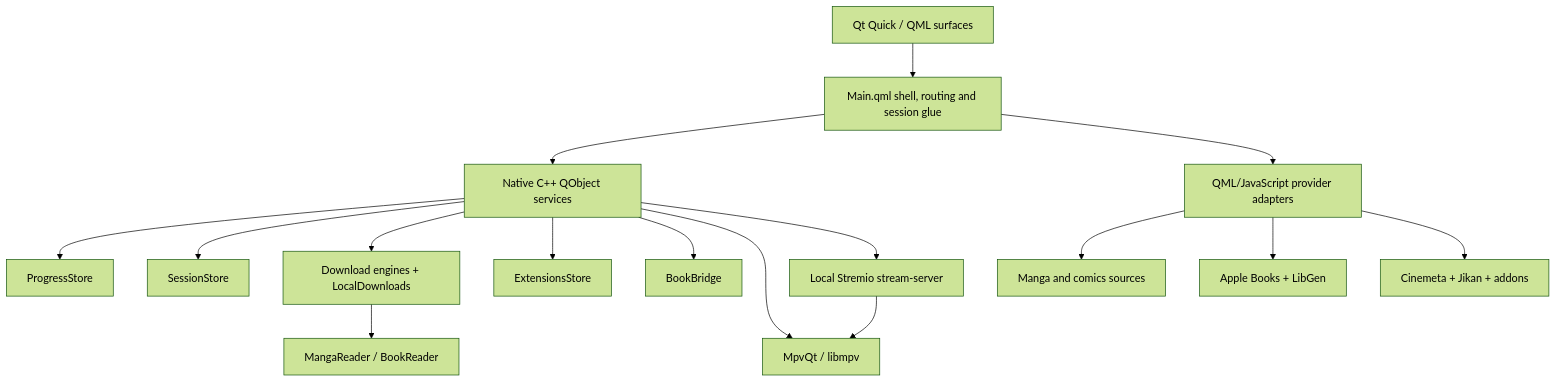
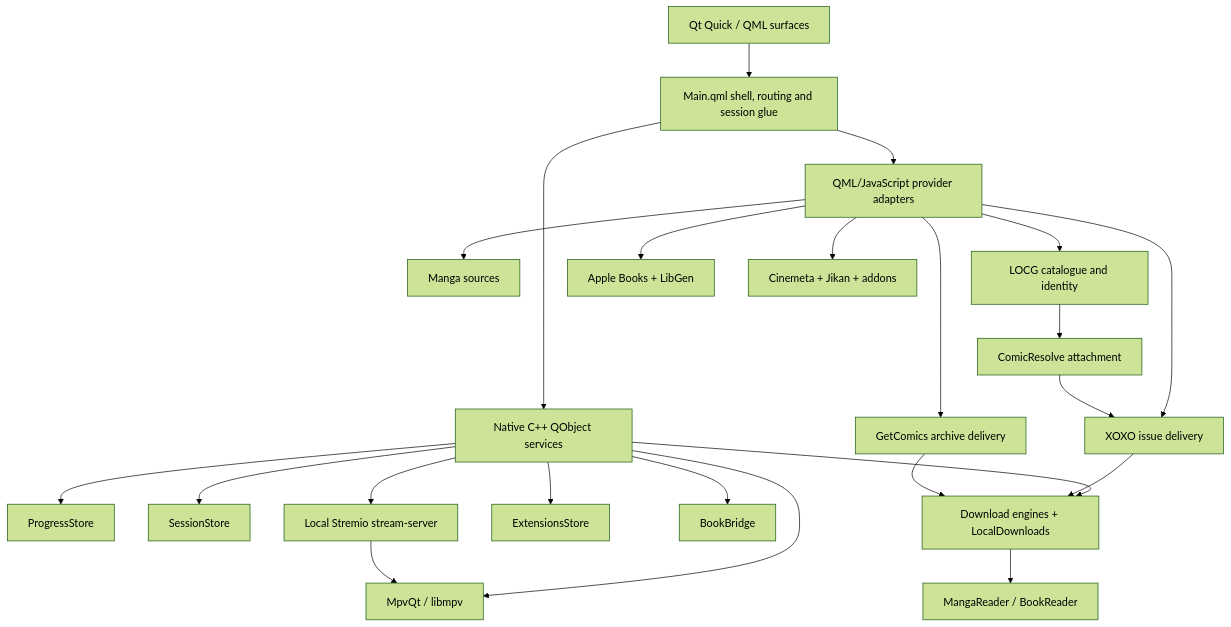
One commit to kingoftheseas56/Colosseum changed the diagram in README.md. Above: the diagram before and after it, drawn with Mermaid (forest theme). The commit also changed other lines of this file, not shown here.

Commit message:
docs: reflect LOCG comics architecture

````diff
--- a/README.md
+++ b/README.md
@@ -264,24 +276,31 @@
 ```mermaid
 flowchart TB
     UI[Qt Quick / QML surfaces]
     Shell[Main.qml shell, routing and session glue]
 
     UI --> Shell
     Shell --> Native[Native C++ QObject services]
     Shell --> Providers[QML/JavaScript provider adapters]
 
     Native --> Progress[ProgressStore]
     Native --> Sessions[SessionStore]
     Native --> Downloads[Download engines + LocalDownloads]
     Native --> Extensions[ExtensionsStore]
     Native --> BookBridge[BookBridge]
     Native --> Player[MpvQt / libmpv]
     Native --> StreamServer[Local Stremio stream-server]
 
-    Providers --> Manga[Manga and comics sources]
+    Providers --> Manga[Manga sources]
+    Providers --> ComicsCatalog[LOCG catalogue and identity]
+    Providers --> Xoxo[XOXO issue delivery]
+    Providers --> GetComics[GetComics archive delivery]
     Providers --> Books[Apple Books + LibGen]
     Providers --> Theatre[Cinemeta + Jikan + addons]
 
+    ComicsCatalog --> Attach[ComicResolve attachment]
+    Attach --> Xoxo
+    Xoxo --> Downloads
+    GetComics --> Downloads
     StreamServer --> Player
     Downloads --> Readers[MangaReader / BookReader]
 ```
````
